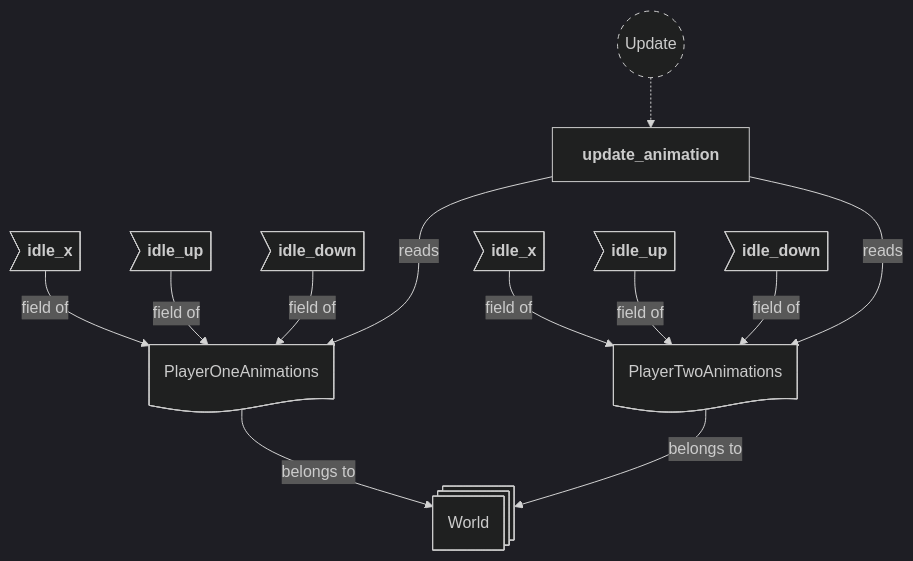
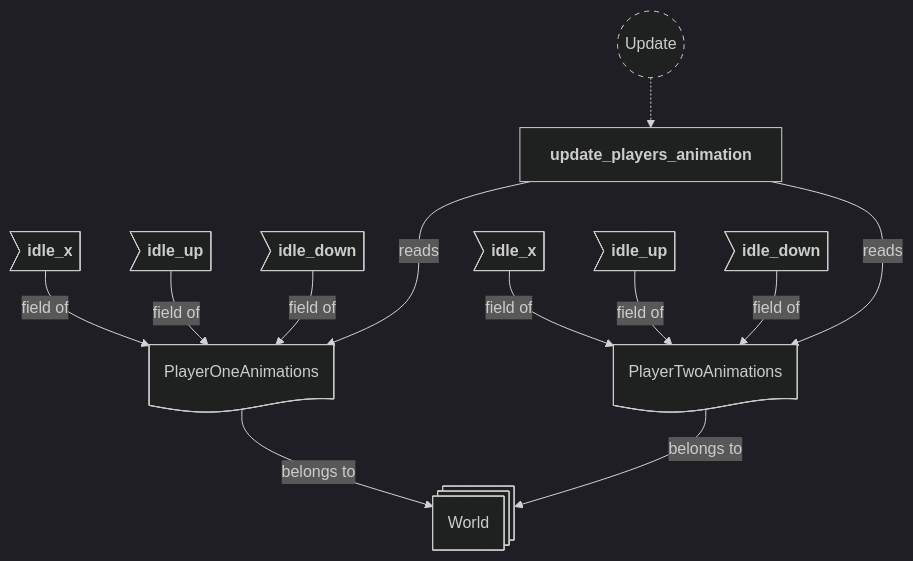
The tenth of 16 diagrams in backlog/docs/doc-5 - 004-Animations-plugin.md (neurosoup/tyled), drawn with Mermaid before and after one commit. The commit also changed other lines of this file and 11 other files, not shown here.

````diff
--- a/backlog/docs/doc-5 - 004-Animations-plugin.md
+++ b/backlog/docs/doc-5 - 004-Animations-plugin.md
@@ -244,39 +355,39 @@
 ```mermaid
 ---
 config:
   theme: dark
 ---
 
 flowchart TD
 classDef system-group stroke-dasharray: 5 5
 
 update(("`Update`")):::system-group
-update_animation["`**update_animation**`"]
+update_players_animation["`**update_players_animation**`"]
 
-update -.-> update_animation
+update -.-> update_players_animation
 
 world@{ shape: st-rect, label: "World" }
 
 p1_res@{ shape: doc, label: "PlayerOneAnimations" }
 p2_res@{ shape: doc, label: "PlayerTwoAnimations" }
 
 p1_idle_x>"`**idle_x**`"]
 p1_idle_up>"`**idle_up**`"]
 p1_idle_down>"`**idle_down**`"]
 
 p2_idle_x>"`**idle_x**`"]
 p2_idle_up>"`**idle_up**`"]
 p2_idle_down>"`**idle_down**`"]
 
 p1_res --> |belongs to| world
 p2_res --> |belongs to| world
 p1_idle_x --> |field of| p1_res
 p1_idle_up --> |field of| p1_res
 p1_idle_down --> |field of| p1_res
 p2_idle_x --> |field of| p2_res
 p2_idle_up --> |field of| p2_res
 p2_idle_down --> |field of| p2_res
 
-update_animation ---> |reads| p1_res
-update_animation ---> |reads| p2_res
+update_players_animation ---> |reads| p1_res
+update_players_animation ---> |reads| p2_res
 ```
````
